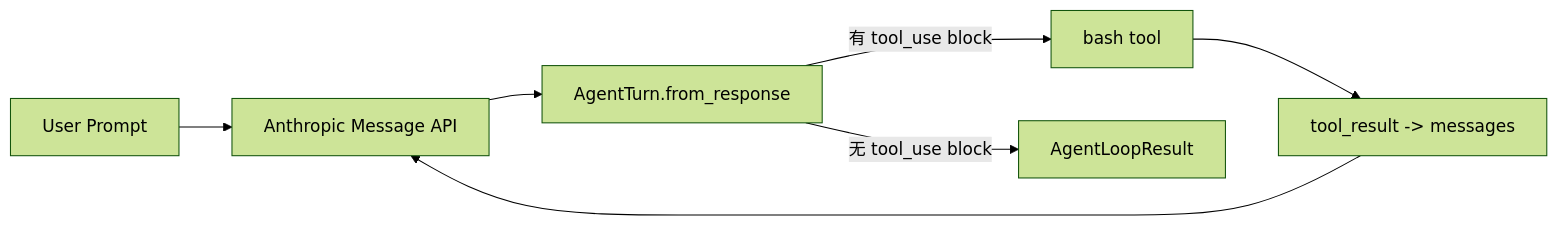
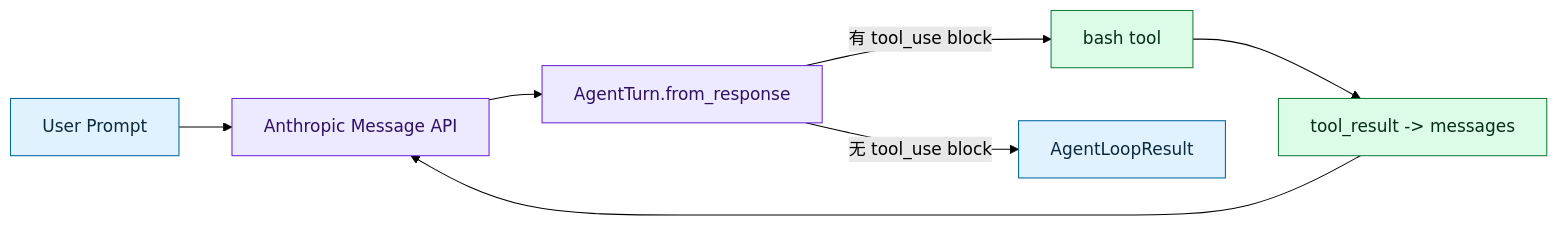
The diagram in s01_agent_loop/README.md (11XuX/learn-workbuddy), drawn with Mermaid (forest theme) before and after one commit. The commit also changed 6 other files, not shown here.

First line of the commit message:
feat(docs): mermaid architecture restyle pilot for s01+s02

````diff
--- a/s01_agent_loop/README.md
+++ b/s01_agent_loop/README.md
@@ -14,9 +14,15 @@
 ```mermaid
 flowchart LR
     A["User Prompt"] --> B["Anthropic Message API"]
     B --> C["AgentTurn.from_response"]
     C -->|"有 tool_use block"| D["bash tool"]
     D --> E["tool_result -> messages"]
     E --> B
     C -->|"无 tool_use block"| F["AgentLoopResult"]
+    classDef io fill:#e0f2fe,stroke:#0369a1,color:#0c2a3d
+    classDef core fill:#ede9fe,stroke:#6d28d9,color:#2e1065
+    classDef tool fill:#dcfce7,stroke:#15803d,color:#052e16
+    class A,F io
+    class B,C core
+    class D,E tool
 ```
````
